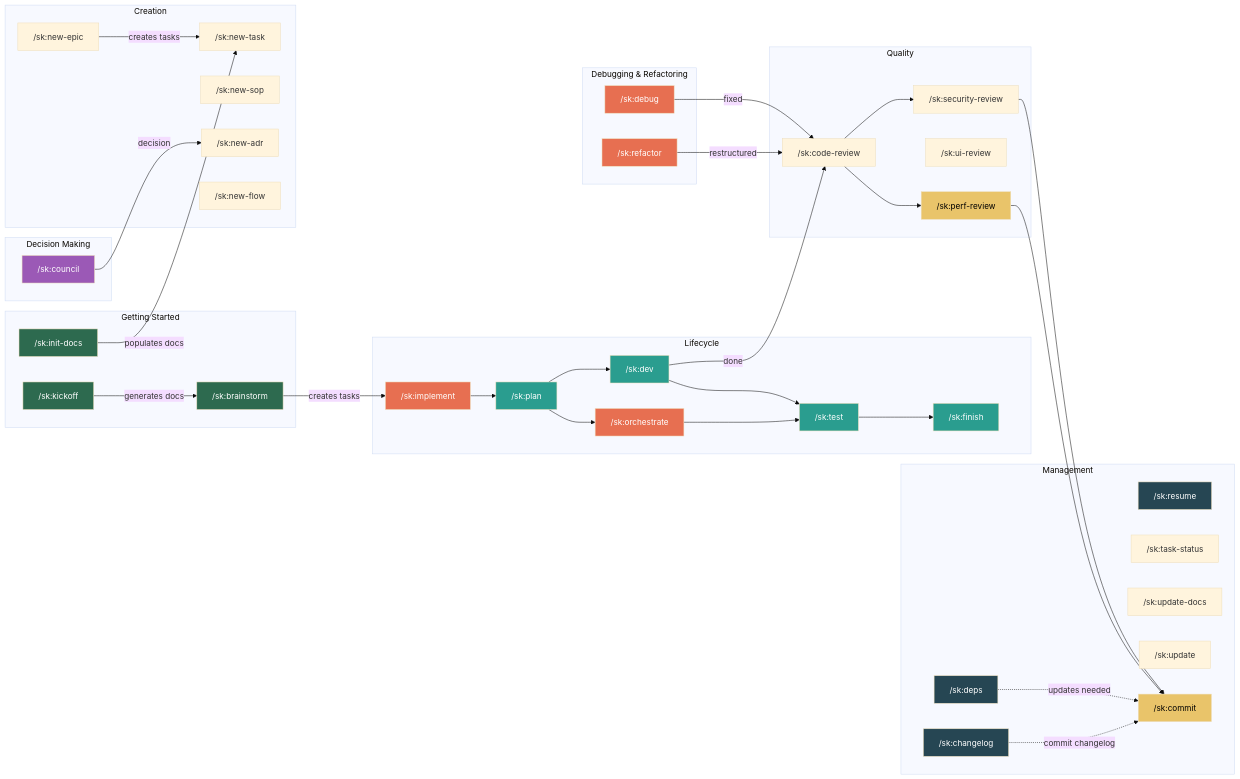
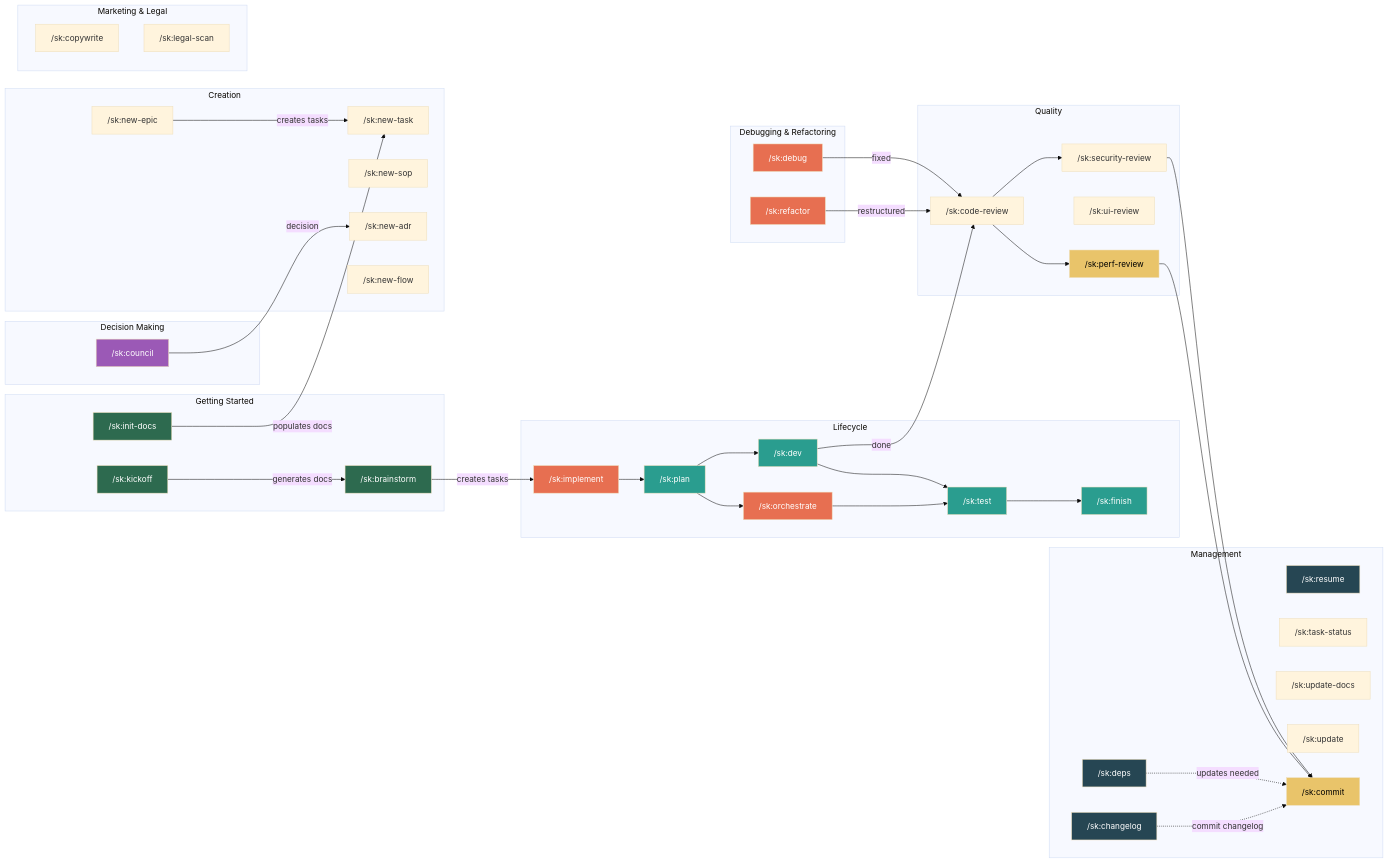
Before and after one commit to moniav/sk: the fifth of 5 diagrams in Readme.md, drawn with Mermaid (base theme). The commit also changed other lines of this file and 11 other files, not shown here.

```diff
--- a/Readme.md
+++ b/Readme.md
@@ -301,6 +301,11 @@
     subgraph "Debugging & Refactoring"
         debug["/sk:debug"]
         refactor["/sk:refactor"]
+    end
+
+    subgraph "Marketing & Legal"
+        copywrite["/sk:copywrite"]
+        legalscan["/sk:legal-scan"]
     end
 
     subgraph "Management"
```
